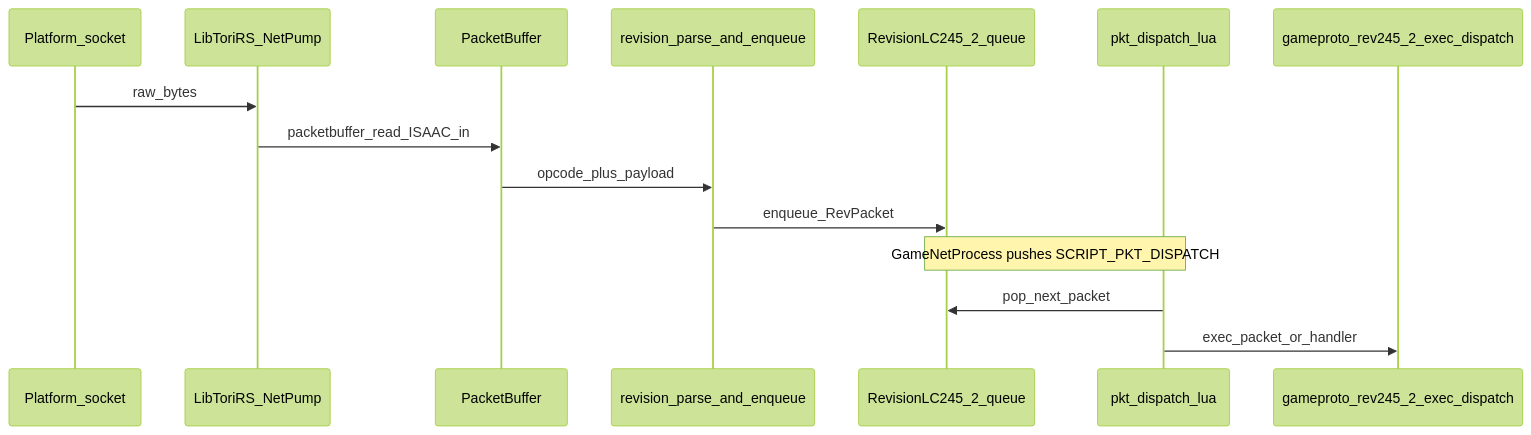
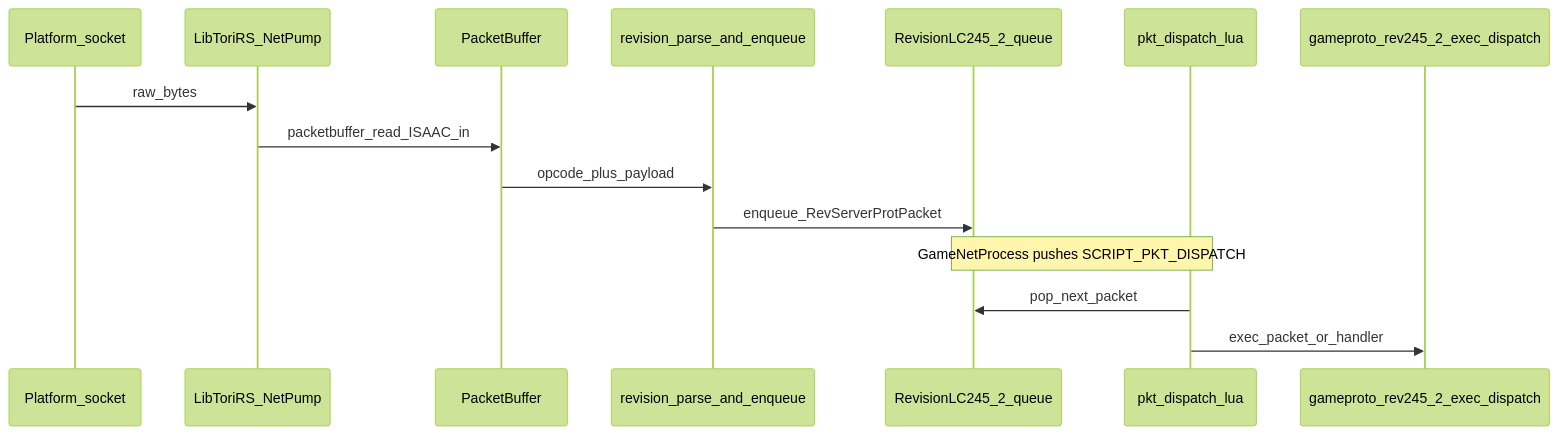
The eighth of 13 diagrams in docs/C_ARCHITECTURE.md (MRobertEvers/oldschool-clientc), drawn with Mermaid (forest theme) before and after one commit. The commit also changed other lines of this file and 45 other files, not shown here.

````diff
--- a/docs/C_ARCHITECTURE.md
+++ b/docs/C_ARCHITECTURE.md
@@ -517,17 +517,17 @@
 ```mermaid
 sequenceDiagram
   participant P as Platform_socket
   participant NP as LibToriRS_NetPump
   participant PB as PacketBuffer
   participant R as revision_parse_and_enqueue
   participant Q as RevisionLC245_2_queue
   participant L as pkt_dispatch_lua
   participant E as gameproto_rev245_2_exec_dispatch
   P->>NP: raw_bytes
   NP->>PB: packetbuffer_read_ISAAC_in
   PB->>R: opcode_plus_payload
-  R->>Q: enqueue_RevPacket
+  R->>Q: enqueue_RevServerProtPacket
   Note over Q,L: GameNetProcess pushes SCRIPT_PKT_DISPATCH
   L->>Q: pop_next_packet
   L->>E: exec_packet_or_handler
 ```
````
